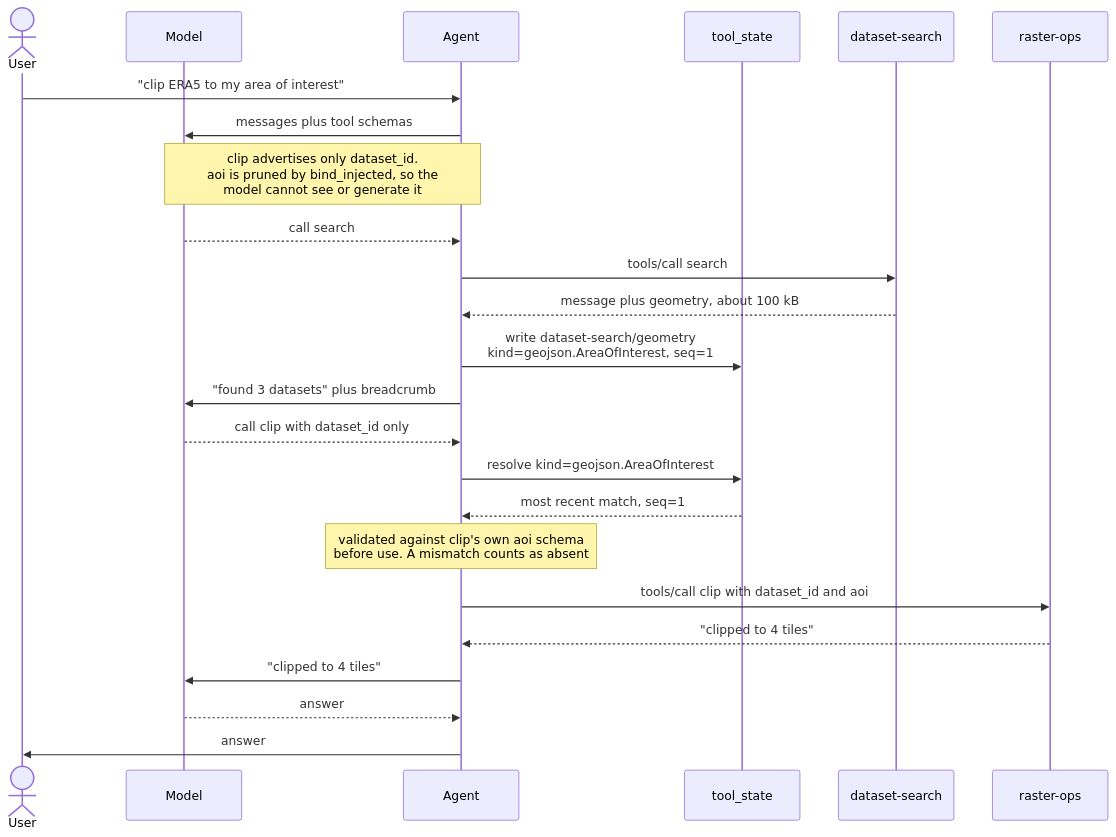
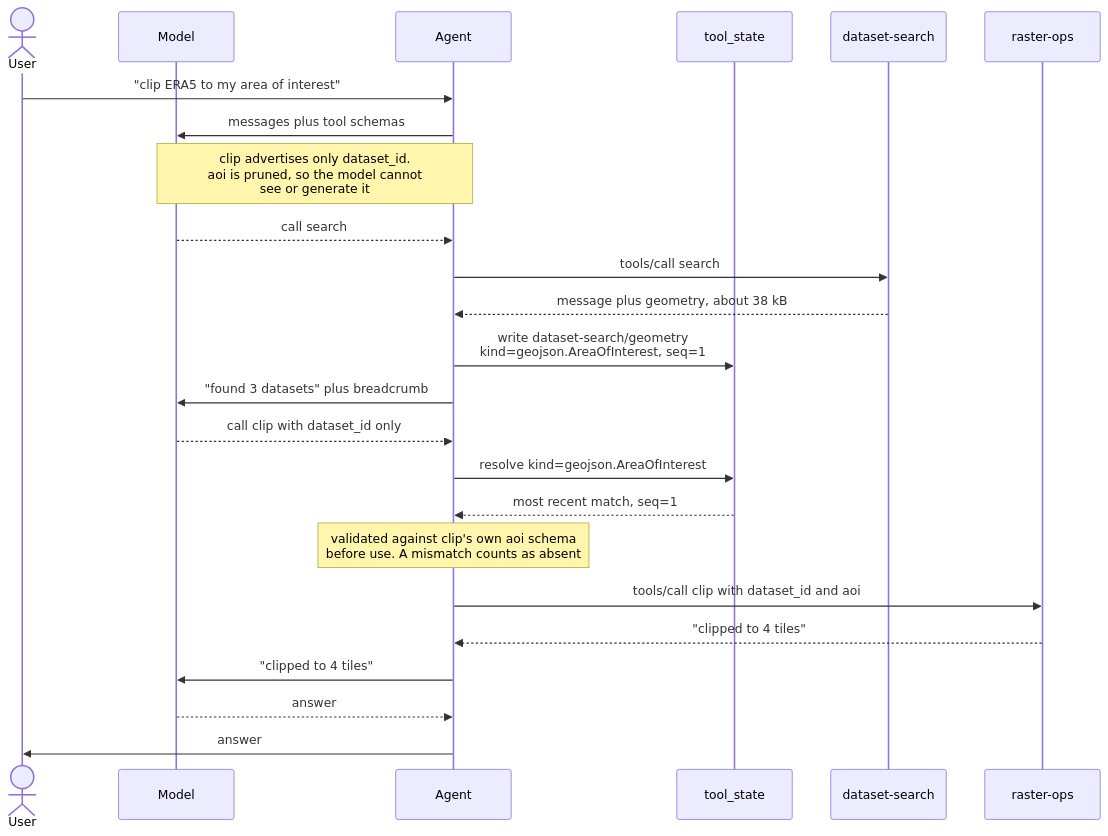
The second of 2 diagrams in docs/SESSION-STATE.md (developmentseed/mcp-toolsets-runtime), drawn with Mermaid before and after one commit. The commit also changed other lines of this file and 25 other files, not shown here.

````diff
--- a/docs/SESSION-STATE.md
+++ b/docs/SESSION-STATE.md
@@ -138,29 +113,29 @@
 ```mermaid
 sequenceDiagram
     actor U as User
     participant M as Model
     participant A as Agent
     participant S as tool_state
     participant D as dataset-search
     participant R as raster-ops
 
     U->>A: "clip ERA5 to my area of interest"
     A->>M: messages plus tool schemas
-    Note over A,M: clip advertises only dataset_id.<br/>aoi is pruned by bind_injected, so the<br/>model cannot see or generate it
+    Note over A,M: clip advertises only dataset_id.<br/>aoi is pruned, so the model cannot<br/>see or generate it
 
     M-->>A: call search
     A->>D: tools/call search
-    D-->>A: message plus geometry, about 100 kB
+    D-->>A: message plus geometry, about 38 kB
     A->>S: write dataset-search/geometry<br/>kind=geojson.AreaOfInterest, seq=1
     A->>M: "found 3 datasets" plus breadcrumb
 
     M-->>A: call clip with dataset_id only
     A->>S: resolve kind=geojson.AreaOfInterest
     S-->>A: most recent match, seq=1
     Note over A: validated against clip's own aoi schema<br/>before use. A mismatch counts as absent
     A->>R: tools/call clip with dataset_id and aoi
     R-->>A: "clipped to 4 tiles"
     A->>M: "clipped to 4 tiles"
     M-->>A: answer
     A->>U: answer
 ```
````
